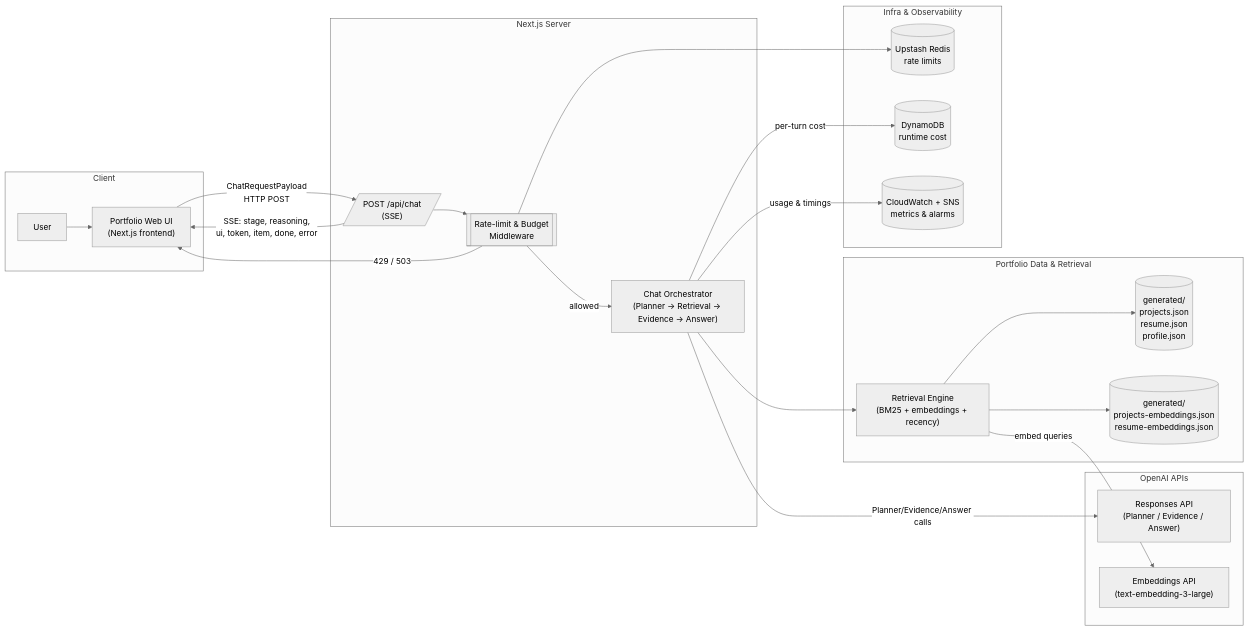
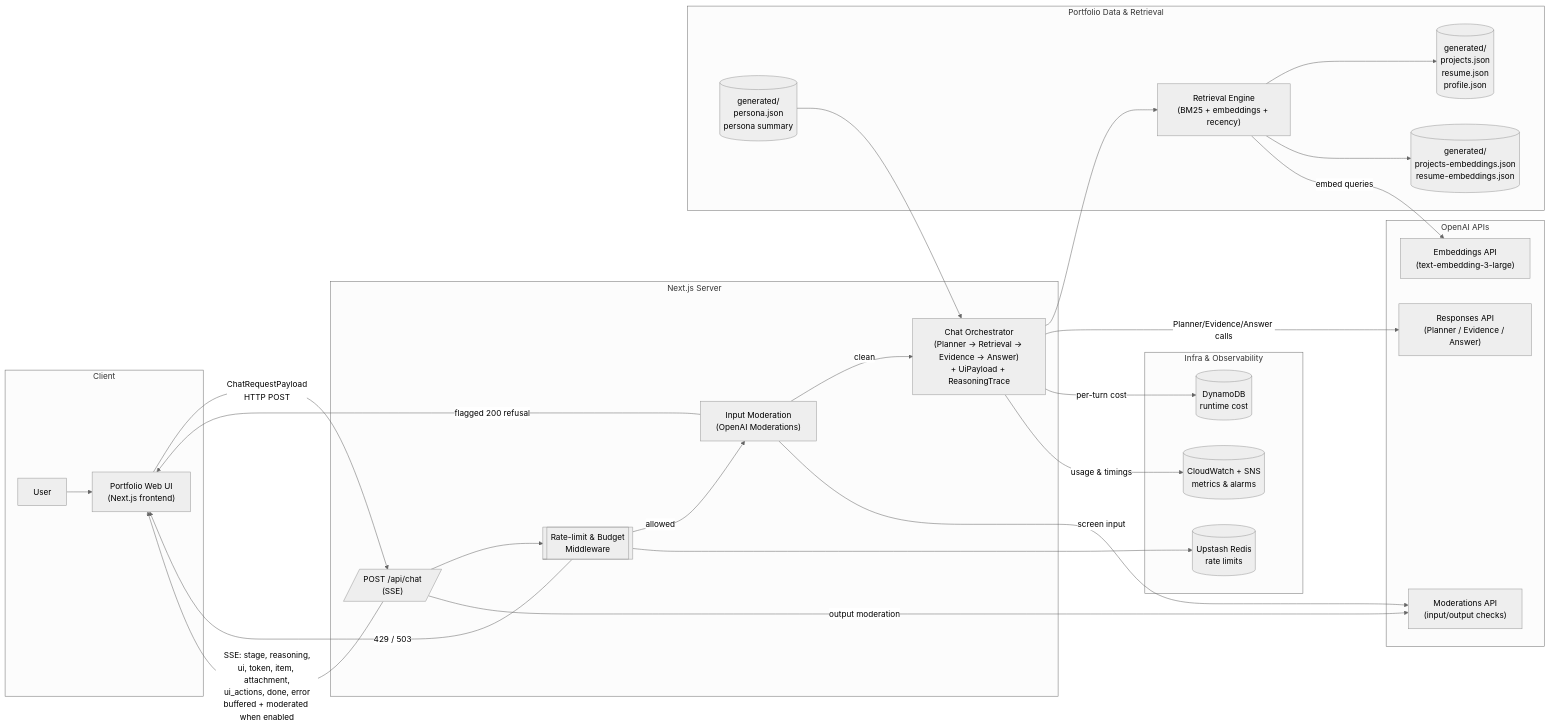
The diagram in generated-diagrams/portfolio-chat-architecture.mmd (Volpestyle/portfolio), drawn with Mermaid (neutral theme) before and after one commit. The commit also changed 11 other files, not shown here.

First line of the commit message:
chore(diagrams): regenerate mermaid diagrams

```diff
--- a/generated-diagrams/portfolio-chat-architecture.mmd
+++ b/generated-diagrams/portfolio-chat-architecture.mmd
@@ -1,58 +1,66 @@
 %% Figure 2.0 -- High-Level Runtime Architecture
 %% Output: portfolio-chat-architecture.png
 flowchart LR
   %% === Client ===
   subgraph CLIENT["Client"]
     U[User]
     UI["Portfolio Web UI\n(Next.js frontend)"]
     U --> UI
   end
 
   %% === Next.js Server / API ===
   subgraph SERVER["Next.js Server"]
     API[/"POST /api/chat\n(SSE)"/]
     MIDDLEWARE[["Rate-limit & Budget\nMiddleware"]]
-    ORCH["Chat Orchestrator\n(Planner -> Retrieval -> Evidence -> Answer)"]
+    MOD_IN["Input Moderation\n(OpenAI Moderations)"]
+    ORCH["Chat Orchestrator\n(Planner -> Retrieval -> Evidence -> Answer)\n+ UiPayload + ReasoningTrace"]
   end
 
   %% === Data Layer & Retrieval ===
   subgraph DATA["Portfolio Data & Retrieval"]
     CORPORA[(generated/\nprojects.json\nresume.json\nprofile.json)]
     EMBED_IDX[(generated/\nprojects-embeddings.json\nresume-embeddings.json)]
+    PERSONA[(generated/\npersona.json\npersona summary)]
     RETRIEVAL["Retrieval Engine\n(BM25 + embeddings + recency)"]
   end
 
   %% === OpenAI APIs ===
   subgraph OPENAI["OpenAI APIs"]
     LLM["Responses API\n(Planner / Evidence / Answer)"]
     EMB["Embeddings API\n(text-embedding-3-large)"]
+    MOD_API["Moderations API\n(input/output checks)"]
   end
 
   %% === Infra & Observability ===
   subgraph INFRA["Infra & Observability"]
     REDIS[(Upstash Redis\nrate limits)]
     DDB[(DynamoDB\nruntime cost)]
     CW[(CloudWatch + SNS\nmetrics & alarms)]
   end
 
   %% --- Client <-> Server ---
   UI -->|ChatRequestPayload\nHTTP POST| API
   API --> MIDDLEWARE
-  MIDDLEWARE -->|allowed| ORCH
+  MIDDLEWARE -->|allowed| MOD_IN
   MIDDLEWARE -->|429 / 503| UI
+  MOD_IN -->|flagged 200 refusal| UI
+  MOD_IN -->|clean| ORCH
 
   %% --- Orchestrator <-> Data & LLMs ---
   ORCH --> RETRIEVAL
   RETRIEVAL --> CORPORA
   RETRIEVAL --> EMBED_IDX
   RETRIEVAL -->|embed queries| EMB
+  PERSONA --> ORCH
 
   ORCH -->|Planner/Evidence/Answer calls| LLM
+  MOD_IN -->|screen input| MOD_API
+  API -->|output moderation| MOD_API
 
   %% --- SSE back to client ---
-  API -->|SSE: stage, reasoning,\nui, token, item, done, error| UI
+  API -->|SSE: stage, reasoning,\nui, token, item, attachment,\nui_actions, done, error\nbuffered + moderated when enabled| UI
 
   %% --- Infra wiring ---
   MIDDLEWARE --> REDIS
   ORCH -->|per-turn cost| DDB
   ORCH -->|usage & timings| CW
```
